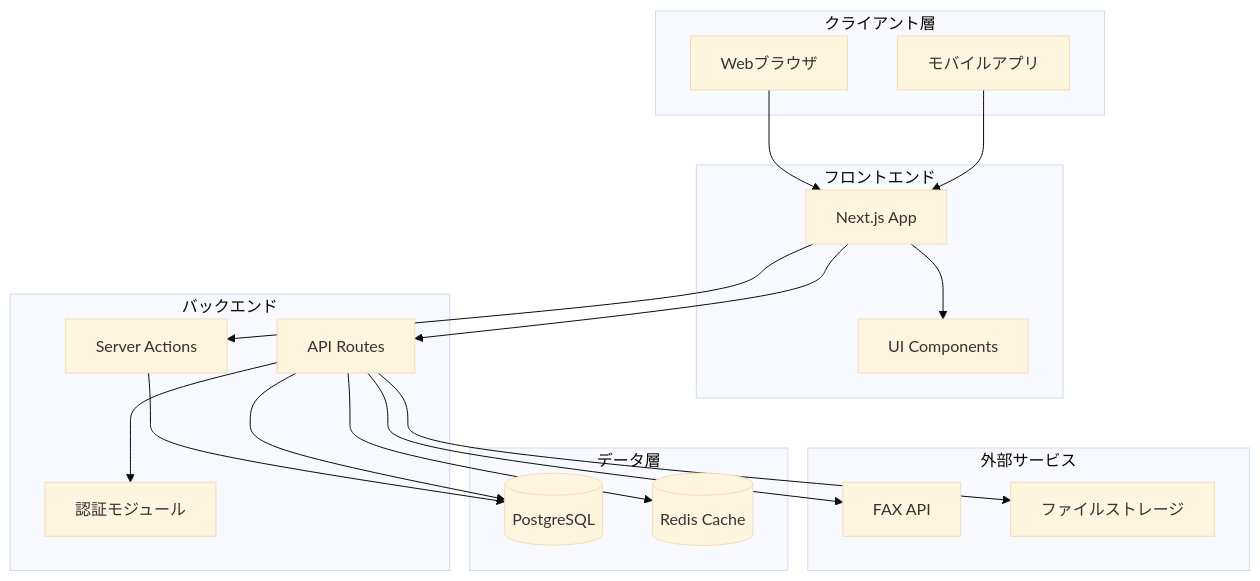
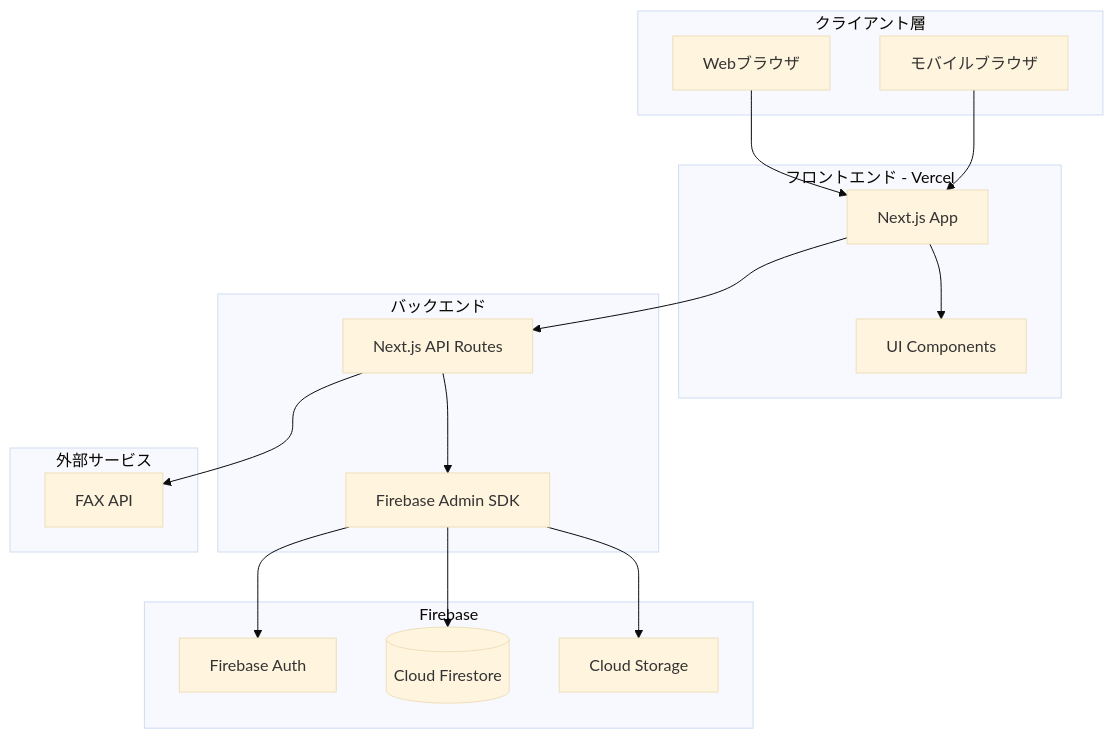
The first of 2 diagrams in 不動産業界向けインターネットfax仕様書作成_d80a13a7.plan.md (informationdentee-spec/dentee-eeFax), drawn with Mermaid (base theme) before and after one commit. The commit also changed other lines of this file and 1 other file, not shown here.

Commit message:
Revise implementation plans to use Firebase-based lightweight architecture

````diff
--- a/不動産業界向けインターネットfax仕様書作成_d80a13a7.plan.md
+++ b/不動産業界向けインターネットfax仕様書作成_d80a13a7.plan.md
@@ -105,40 +90,37 @@
 ```mermaid
 graph TB
     subgraph client [クライアント層]
         Web[Webブラウザ]
-        Mobile[モバイルアプリ]
+        Mobile[モバイルブラウザ]
     end
     
-    subgraph frontend [フロントエンド]
+    subgraph frontend [フロントエンド - Vercel]
         NextJS[Next.js App]
         UI[UI Components]
     end
     
     subgraph backend [バックエンド]
-        API[API Routes]
-        ServerActions[Server Actions]
-        Auth[認証モジュール]
+        API[Next.js API Routes]
+        FirebaseSDK[Firebase Admin SDK]
     end
     
-    subgraph services [外部サービス]
-        FaxAPI[FAX API]
-        Storage[ファイルストレージ]
+    subgraph firebase [Firebase]
+        Auth[Firebase Auth]
+        Firestore[(Cloud Firestore)]
+        Storage[Cloud Storage]
     end
     
-    subgraph data [データ層]
-        DB[(PostgreSQL)]
-        Cache[(Redis Cache)]
+    subgraph external [外部サービス]
+        FaxAPI[FAX API]
     end
     
     Web --> NextJS
     Mobile --> NextJS
     NextJS --> UI
     NextJS --> API
-    NextJS --> ServerActions
-    API --> Auth
+    API --> FirebaseSDK
+    FirebaseSDK --> Auth
+    FirebaseSDK --> Firestore
+    FirebaseSDK --> Storage
     API --> FaxAPI
-    API --> Storage
-    ServerActions --> DB
-    API --> DB
-    API --> Cache
 ```
````
